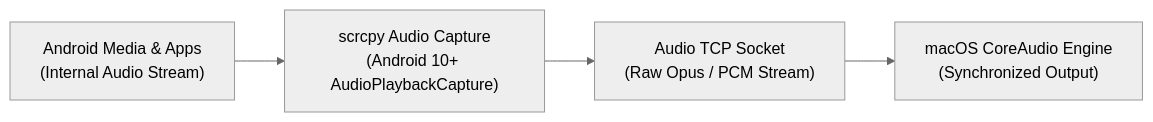
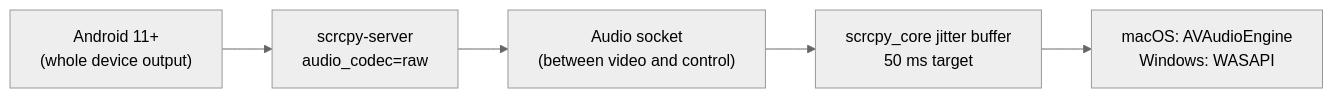
One commit to az-coder-123/azdroid changed the diagram in docs/features/audio-forwarding.md. Above: the diagram before and after it, drawn with Mermaid (neutral theme). The commit also changed other lines of this file and 18 other files, not shown here.

Commit message:
docs: document audio forwarding and record its lessons

````diff
--- a/docs/features/audio-forwarding.md
+++ b/docs/features/audio-forwarding.md
@@ -14,6 +14,7 @@
 ```mermaid
 flowchart LR
-    AndroidApps["Android Media & Apps\n(Internal Audio Stream)"] --> AudioRecord["scrcpy Audio Capture\n(Android 10+ AudioPlaybackCapture)"]
-    AudioRecord --> Socket["Audio TCP Socket\n(Raw Opus / PCM Stream)"]
-    Socket --> HostAudio["macOS CoreAudio Engine\n(Synchronized Output)"]
+    Phone["Android 11+\n(whole device output)"] --> Server["scrcpy-server\naudio_codec=raw"]
+    Server --> Socket["Audio socket\n(between video and control)"]
+    Socket --> Buffer["scrcpy_core jitter buffer\n50 ms target"]
+    Buffer --> Out["macOS: AVAudioEngine\nWindows: WASAPI"]
 ```
````
